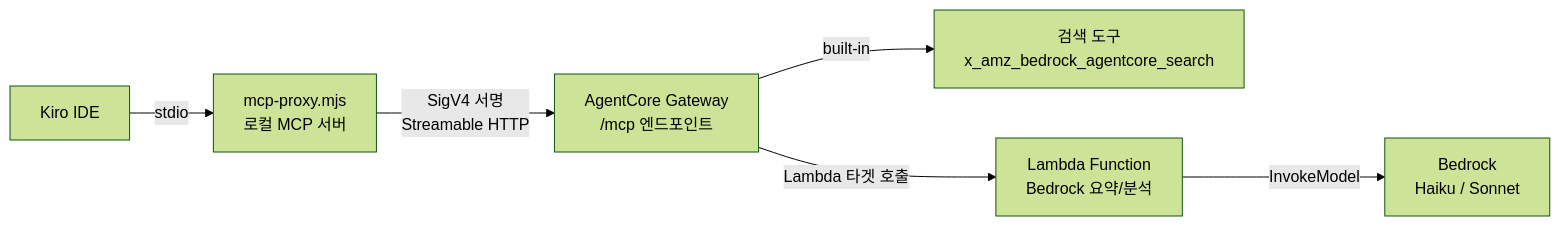
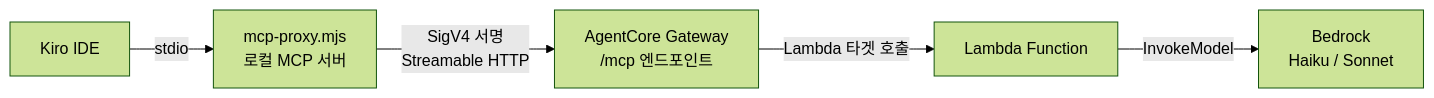
The first of 3 diagrams in README.md (awskyosej/trendbot), drawn with Mermaid (forest theme) before and after one commit.

Commit message:
Update flowchart in README to modify Lambda calls
Reorganize flowchart to reflect new Lambda function structure.

````diff
--- a/README.md
+++ b/README.md
@@ -59,8 +59,7 @@
 ```mermaid
 flowchart LR
     A[Kiro IDE] -->|stdio| B[mcp-proxy.mjs<br/>로컬 MCP 서버]
     B -->|SigV4 서명<br/>Streamable HTTP| C[AgentCore Gateway<br/>/mcp 엔드포인트]
-    C -->|built-in| D[검색 도구<br/>x_amz_bedrock_agentcore_search]
-    C -->|Lambda 타겟 호출| E[Lambda Function<br/>Bedrock 요약/분석]
-    E -->|InvokeModel| F[Bedrock<br/>Haiku / Sonnet]
+    C -->|Lambda 타겟 호출| D[Lambda Function]
+    D -->|InvokeModel| E[Bedrock<br/>Haiku / Sonnet]
 ```
````
